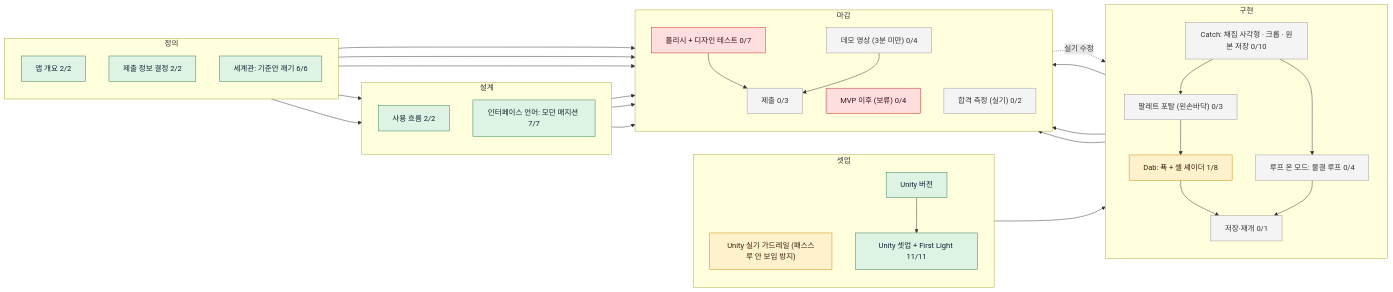
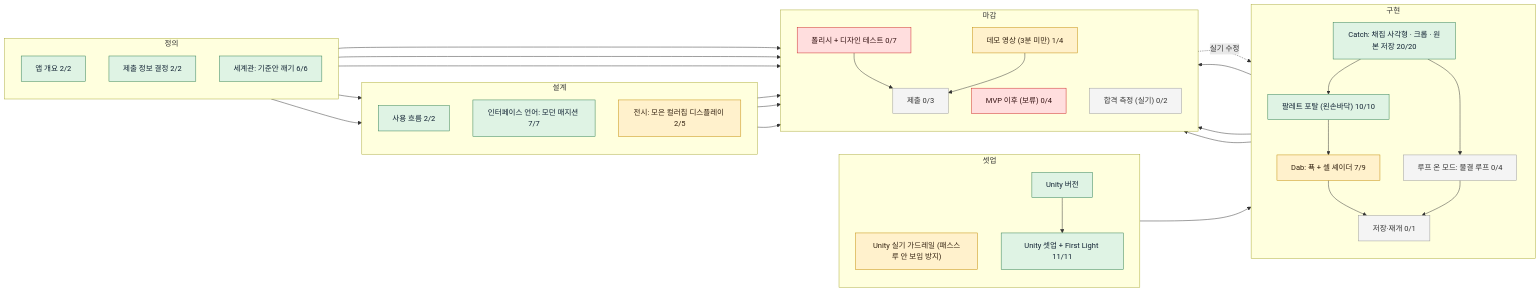
The diagram in board/BOARD.md (reality404studio/meta-mr-picker), drawn with Mermaid before and after one commit. The commit also changed other lines of this file and 8 other files, not shown here.

Commit message:
catch-build-e3ff: 보류 시점 보드·결정 문서 사본이 앱 레포 docs/·board/ 에 최신으로 남는다

````diff
--- a/board/BOARD.md
+++ b/board/BOARD.md
@@ -18,63 +21,64 @@
 ```mermaid
 flowchart LR
   subgraph s_define["정의"]
     direction TB
     brief["앱 개요 2/2"]:::done
     submit_meta["제출 정보 결정 2/2"]:::done
     world["세계관: 기준안 깨기 6/6"]:::done
   end
   subgraph s_design["설계"]
     direction TB
     usage_flow["사용 흐름 2/2"]:::done
     interface["인터페이스 언어: 모던 매지션 7/7"]:::done
+    build_e3a5["전시: 모은 컬러칩 디스플레이 2/5"]:::doing
   end
   subgraph s_prototype["셋업"]
     direction TB
     use_unity_guardrails["Unity 실기 가드레일 (패스스루 안 보임 방지)"]:::doing
     use_unity_version["Unity 버전"]:::done
     setup["Unity 셋업 + First Light 11/11"]:::done
   end
   subgraph s_build["구현"]
     direction TB
-    catch["Catch: 채집 사각형 · 크롭 · 원본 저장 0/10"]:::todo
+    catch["Catch: 채집 사각형 · 크롭 · 원본 저장 20/20"]:::done
     loop["루프 온 모드: 물결 루프 0/4"]:::todo
-    portal["팔레트 포탈 (왼손바닥) 0/3"]:::todo
-    dab["Dab: 푝 + 셀 셰이더 1/8"]:::doing
+    portal["팔레트 포탈 (왼손바닥) 10/10"]:::done
+    dab["Dab: 푝 + 셀 셰이더 7/9"]:::doing
     export["저장·재개 0/1"]:::todo
   end
   subgraph s_review["마감"]
     direction TB
     polish["폴리시 + 디자인 테스트 0/7"]:::blocked
-    demo_video["데모 영상 (3분 미만) 0/4"]:::todo
+    demo_video["데모 영상 (3분 미만) 1/4"]:::doing
     submit["제출 0/3"]:::todo
     post_mvp["MVP 이후 (보류) 0/4"]:::blocked
     acceptance["합격 측정 (실기) 0/2"]:::todo
   end
   brief --> usage_flow
   use_unity_version --> setup
   setup --> catch
   catch --> loop
   catch --> portal
   portal --> dab
   dab --> export
   loop --> export
   export --> polish
   usage_flow --> polish
   catch --> demo_video
   polish --> submit
   demo_video --> submit
   submit_meta --> submit
   polish -.->|실기 수정| dab
   world --> demo_video
   world --> polish
   world --> interface
   interface --> polish
   interface --> demo_video
   dab --> acceptance
   classDef done fill:#dff3e4,stroke:#2e7d4f,color:#123
   classDef doing fill:#fff1cc,stroke:#c28a00,color:#321
   classDef review fill:#ece4ff,stroke:#6a4fc2,color:#213
   classDef proof fill:#dceaff,stroke:#3f7fd6,color:#123
   classDef todo fill:#f4f4f4,stroke:#999,color:#333
   classDef blocked fill:#ffdede,stroke:#c22,color:#311
 ```
````
